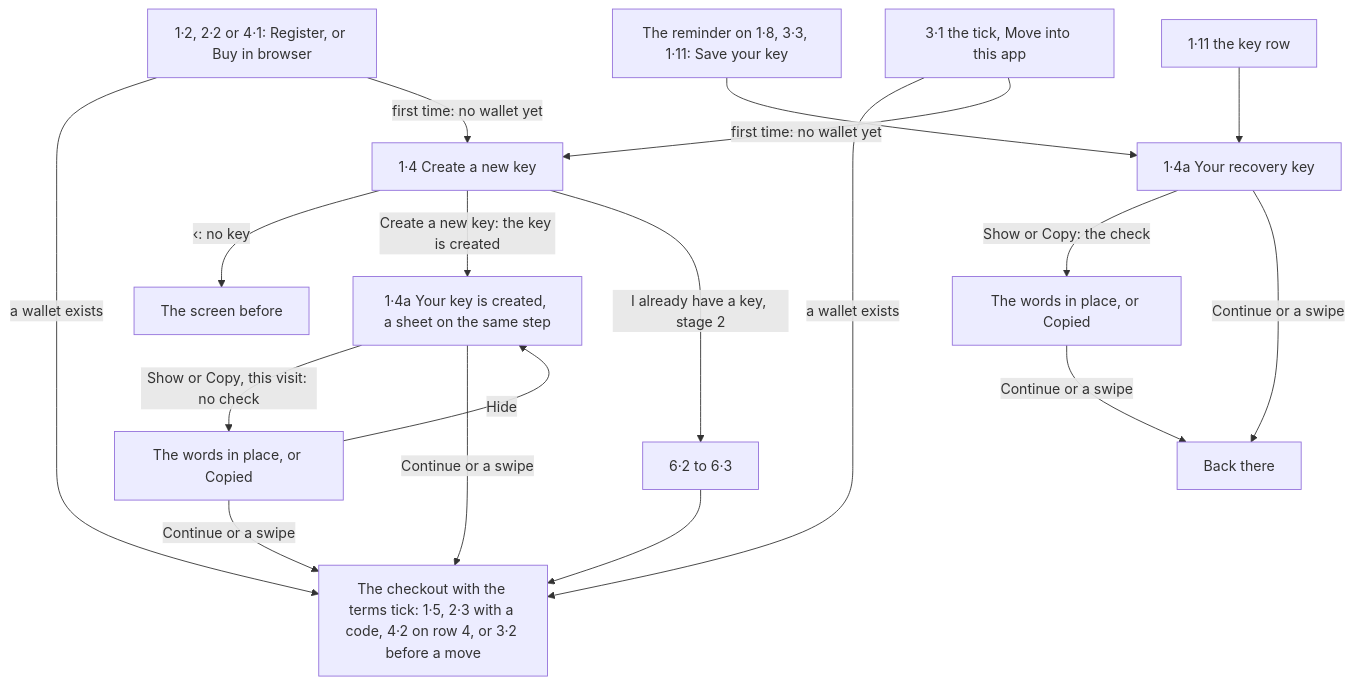
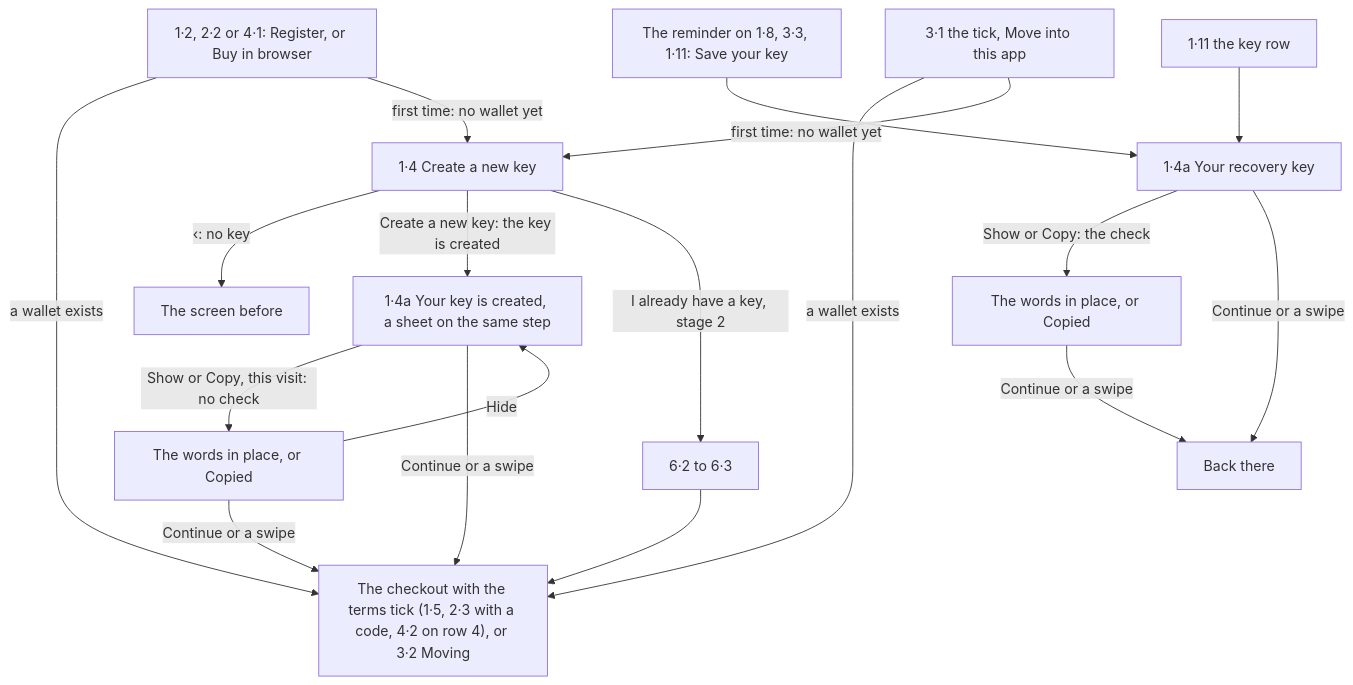
One commit to simplex-chat/simplex-chat changed the sixth of 12 diagrams in plans/2026-10-30-names-in-app-purchases.md. Above: the diagram before and after it, drawn with Mermaid. The commit also changed other lines of this file and 1 other file, not shown here.

Commit message:
docs: names plan review fixes for the terms tick and the waiting order

````diff
--- a/plans/2026-10-30-names-in-app-purchases.md
+++ b/plans/2026-10-30-names-in-app-purchases.md
@@ -793,20 +793,20 @@
 ```mermaid
 flowchart TD
-  search["1·2, 2·2 or 4·1: Register, or Buy in browser"] -->|"a wallet exists"| next["The checkout with the terms tick: 1·5, 2·3 with a code, 4·2 on row 4, or 3·2 before a move"]
+  search["1·2, 2·2 or 4·1: Register, or Buy in browser"] -->|"a wallet exists"| next["The checkout with the terms tick (1·5, 2·3 with a code, 4·2 on row 4), or 3·2 Moving"]
   move["3·1 the tick, Move into this app"] -->|"a wallet exists"| next
   search -->|"first time: no wallet yet"| key["1·4 Create a new key"]
   move -->|"first time: no wallet yet"| key
   key -->|"‹: no key"| before["The screen before"]
   key -->|"Create a new key: the key is created"| sheet["1·4a Your key is created, a sheet on the same step"]
   key -->|"I already have a key, stage 2"| restore["6·2 to 6·3"]
   restore --> next
   sheet -->|"Show or Copy, this visit: no check"| shown["The words in place, or Copied"]
   shown -->|Hide| sheet
   shown -->|"Continue or a swipe"| next
   sheet -->|"Continue or a swipe"| next
   reminder["The reminder on 1·8, 3·3, 1·11: Save your key"] --> later["1·4a Your recovery key"]
   row["1·11 the key row"] --> later
   later -->|"Show or Copy: the check"| shownlater["The words in place, or Copied"]
   later -->|"Continue or a swipe"| back["Back there"]
   shownlater -->|"Continue or a swipe"| back
 ```
````
